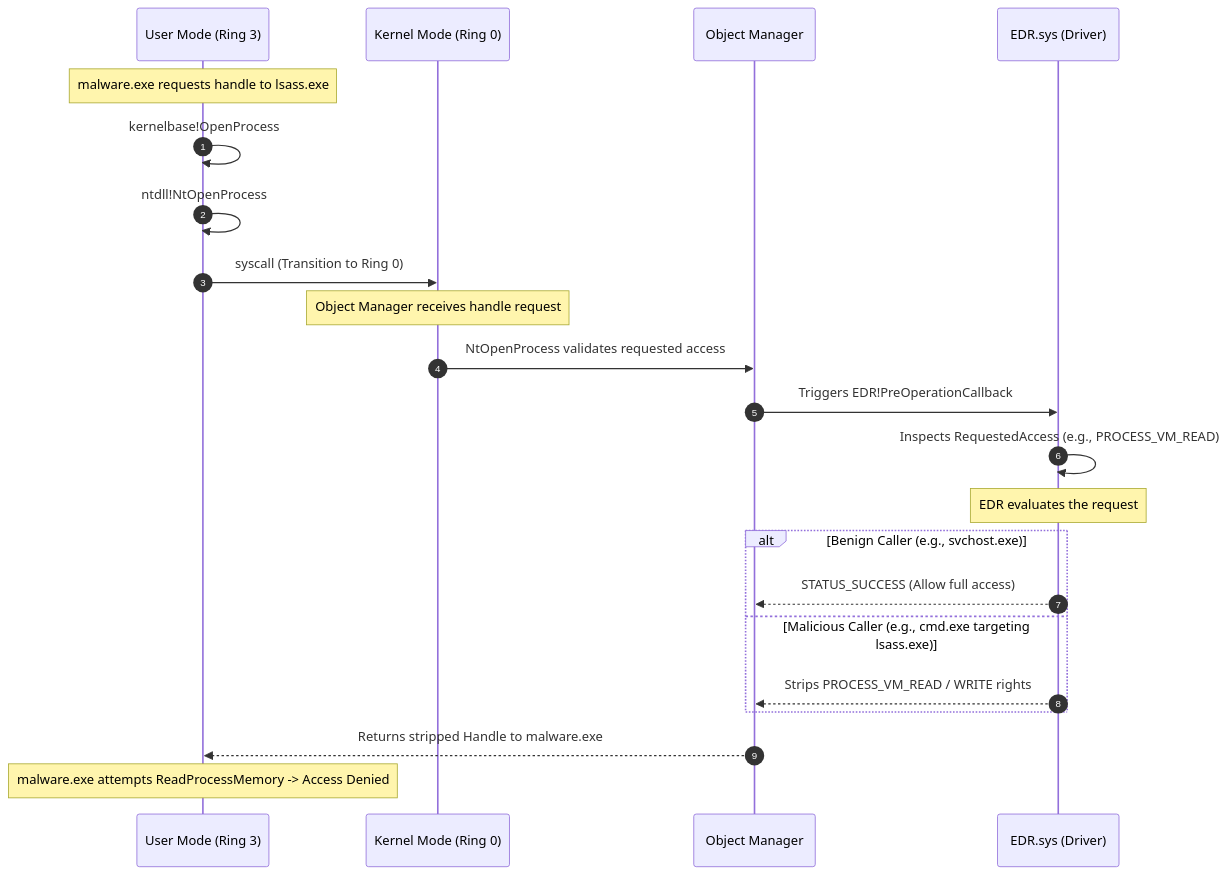
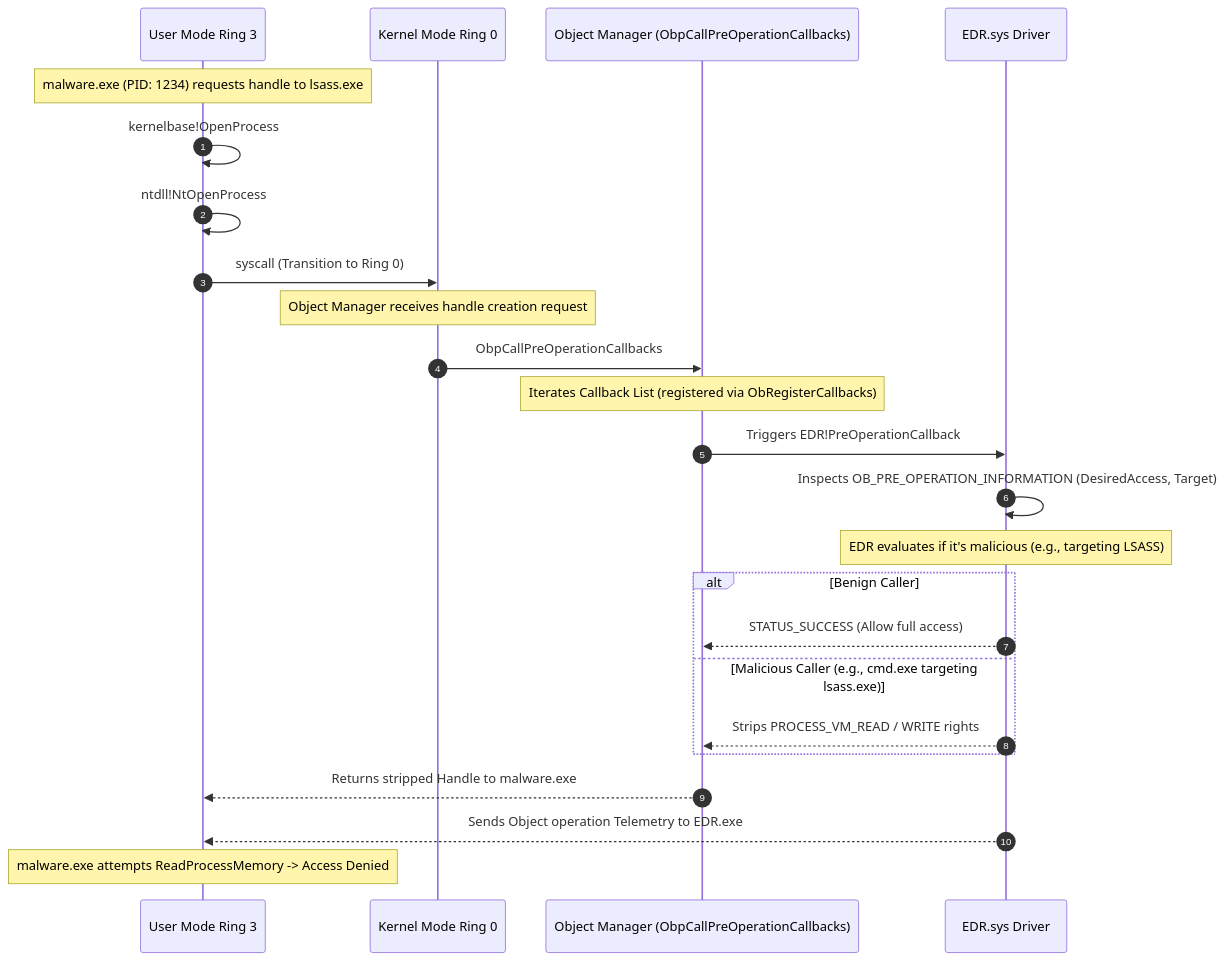
The diagram in content/Internals/Microsoft Windows/EDRs/ObRegisterCallbacks.md (adolfcna/ATTvDEF), drawn with Mermaid before and after one commit. The commit also changed other lines of this file, not shown here.

Commit message:
vault backup: 2026-09-25 18:08:41

````diff
--- a/content/Internals/Microsoft Windows/EDRs/ObRegisterCallbacks.md
+++ b/content/Internals/Microsoft Windows/EDRs/ObRegisterCallbacks.md
@@ -11,29 +11,32 @@
 ```mermaid
 sequenceDiagram
     autonumber
-    participant UM as User Mode (Ring 3)
-    participant KM as Kernel Mode (Ring 0)
-    participant ObjMgr as Object Manager
-    participant EDR as EDR.sys (Driver)
+    participant UM as User Mode Ring 3
+    participant KM as Kernel Mode Ring 0
+    participant ObjMgr as Object Manager (ObpCallPreOperationCallbacks)
+    participant EDR as EDR.sys Driver
 
-    Note over UM: malware.exe requests handle to lsass.exe
+    Note over UM: malware.exe (PID: 1234) requests handle to lsass.exe
     UM->>UM: kernelbase!OpenProcess
     UM->>UM: ntdll!NtOpenProcess
     UM->>KM: syscall (Transition to Ring 0)
     
-    Note over KM: Object Manager receives handle request
-    KM->>ObjMgr: NtOpenProcess validates requested access
+    Note over KM: Object Manager receives handle creation request
+    KM->>ObjMgr: ObpCallPreOperationCallbacks
+    
+    Note over ObjMgr: Iterates Callback List (registered via ObRegisterCallbacks)
     
     ObjMgr->>EDR: Triggers EDR!PreOperationCallback
-    EDR->>EDR: Inspects RequestedAccess (e.g., PROCESS_VM_READ)
+    EDR->>EDR: Inspects OB_PRE_OPERATION_INFORMATION (DesiredAccess, Target)
     
-    Note over EDR: EDR evaluates the request
-    alt Benign Caller (e.g., svchost.exe)
+    Note over EDR: EDR evaluates if it's malicious (e.g., targeting LSASS)
+    alt Benign Caller
         EDR-->>ObjMgr: STATUS_SUCCESS (Allow full access)
     else Malicious Caller (e.g., cmd.exe targeting lsass.exe)
         EDR-->>ObjMgr: Strips PROCESS_VM_READ / WRITE rights
     end
     
     ObjMgr-->>UM: Returns stripped Handle to malware.exe
+    EDR-->>UM: Sends Object operation Telemetry to EDR.exe
     Note over UM: malware.exe attempts ReadProcessMemory -> Access Denied
 ```
````
